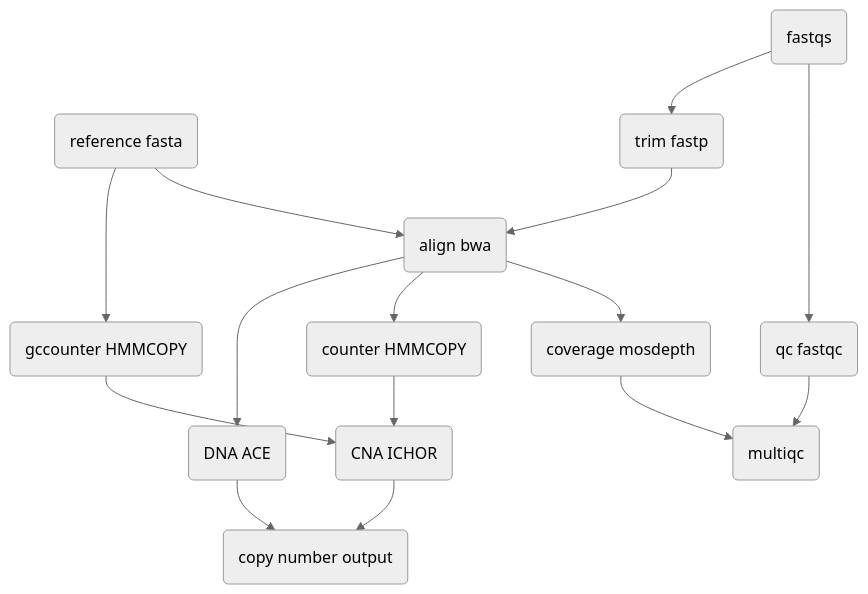
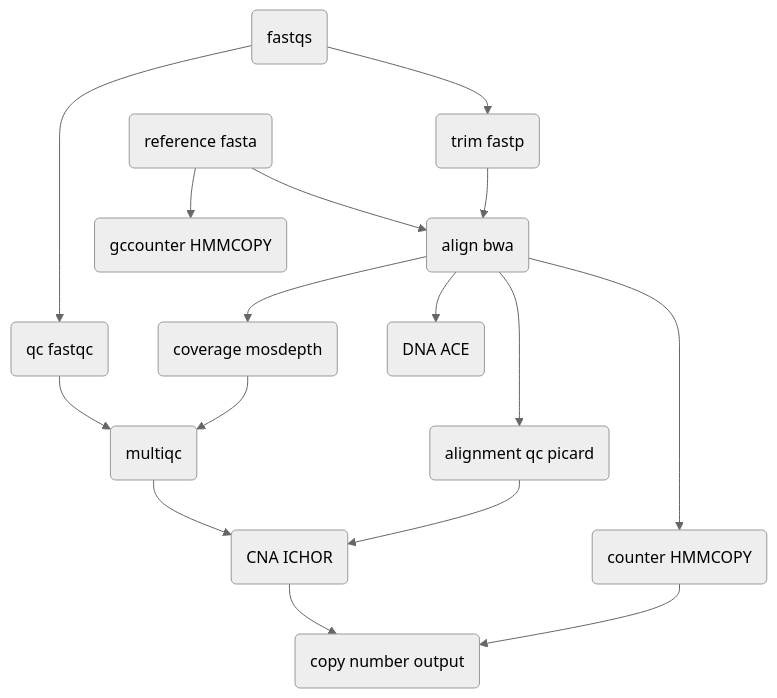
One commit to chelauk/lp-wgs changed the diagram in README.md. Above: the diagram before and after it, drawn with Mermaid (neutral theme). The commit also changed other lines of this file, not shown here.

````diff
--- a/README.md
+++ b/README.md
@@ -32,19 +33,20 @@
 ```mermaid
 flowchart TD
 step1(reference fasta)
 step2(fastqs)
 step2-->step3(qc fastqc)
 step2-->step4(trim fastp)
 step1-->step5(align bwa)
 step4-->step5(align bwa)
 step5-->step6(coverage mosdepth)
-step1-->step12(gccounter HMMCOPY)
-step5-->step7(counter HMMCOPY)
-step12-->step8(CNA ICHOR)
-step7-->step8(CNA ICHOR)
-step5-->step9(DNA ACE)
-step9-->step10(copy number output)
-step8-->step10(copy number output)
-step3-->step11(multiqc)
-step6-->step11(multiqc)
+step5-->step7(alignment qc picard)
+step1-->step13(gccounter HMMCOPY)
+step5-->step8(counter HMMCOPY)
+step12-->step9(CNA ICHOR)
+step7-->step9(CNA ICHOR)
+step5-->step10(DNA ACE)
+step9-->step11(copy number output)
+step8-->step11(copy number output)
+step3-->step12(multiqc)
+step6-->step12(multiqc)
 ```
````
